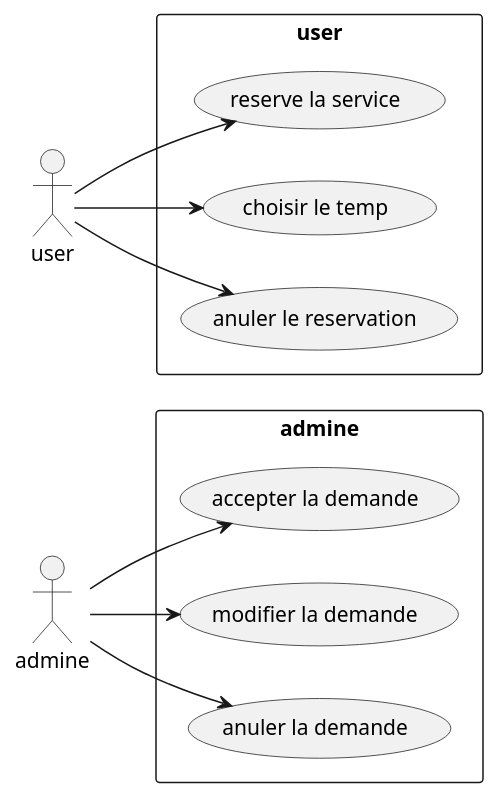
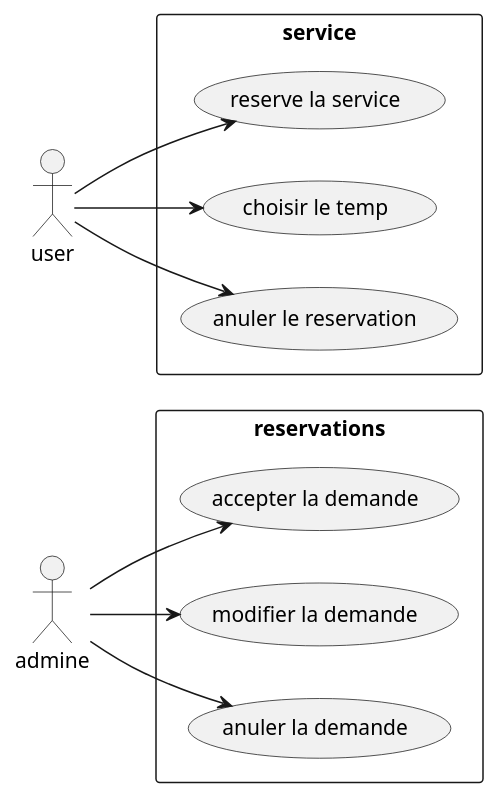
The diagram in analyse/analyse.puml (Aminebennani1/lancement-fil-rouge), drawn with PlantUML before and after one commit.

```diff
--- a/analyse/analyse.puml
+++ b/analyse/analyse.puml
@@ -1,21 +1,21 @@
 @startuml
 left to right direction
 actor "admine" as fc
-rectangle admine {
+rectangle reservations {
   usecase "accepter la demande" as UC1
   usecase "modifier la demande" as UC2
   usecase "anuler la demande" as UC3
 }
 actor "user" as gc
-rectangle user{
+rectangle service{
   usecase "reserve la service" as UC4
   usecase "choisir le temp" as UC5
   usecase "anuler le reservation" as UC6
 }
 fc --> UC1
 fc --> UC2
 fc --> UC3
 gc --> UC4
 gc --> UC5
 gc --> UC6
 @enduml
```
